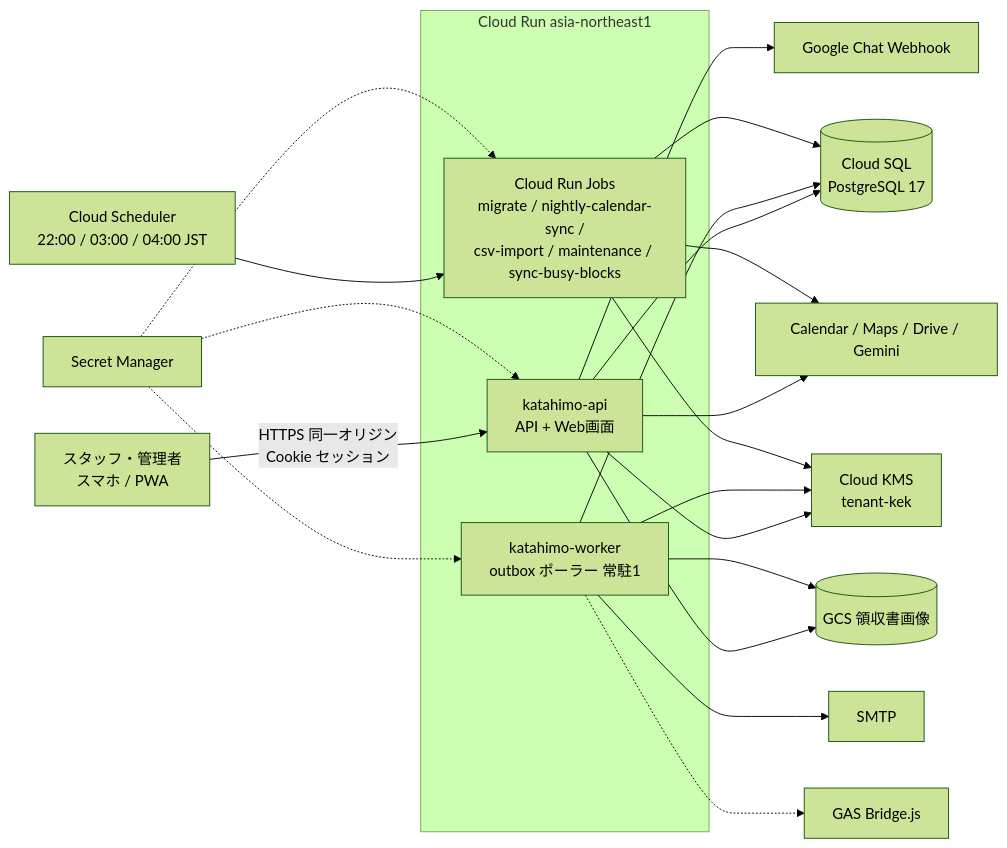
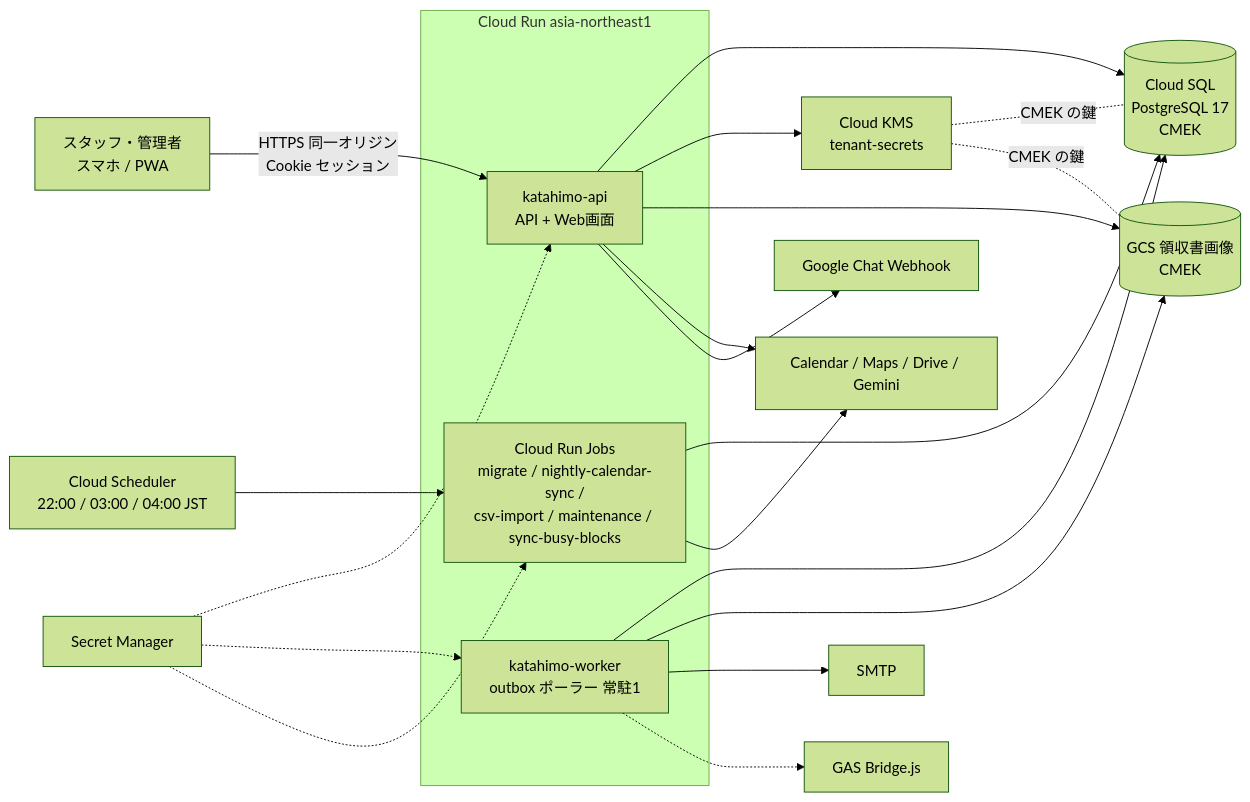
Before and after one commit to katahimo-dev/katahimo-app: the fourth of 5 diagrams in doc/01_システム概要.md, drawn with Mermaid (forest theme). The commit also changed other lines of this file and 13 other files, not shown here.

````diff
--- a/doc/01_システム概要.md
+++ b/doc/01_システム概要.md
@@ -150,19 +149,20 @@
 ```mermaid
 flowchart LR
   user[スタッフ・管理者<br/>スマホ / PWA] -->|HTTPS 同一オリジン<br/>Cookie セッション| api
   subgraph run[Cloud Run asia-northeast1]
     api[katahimo-api<br/>API + Web画面]
     worker[katahimo-worker<br/>outbox ポーラー 常駐1]
     jobs[Cloud Run Jobs<br/>migrate / nightly-calendar-sync /<br/>csv-import / maintenance / sync-busy-blocks]
   end
   sched[Cloud Scheduler<br/>22:00 / 03:00 / 04:00 JST] --> jobs
-  api & worker & jobs --> sql[(Cloud SQL<br/>PostgreSQL 17)]
-  api & worker & jobs --> kms[Cloud KMS<br/>tenant-kek]
+  api & worker & jobs --> sql[(Cloud SQL<br/>PostgreSQL 17<br/>CMEK)]
+  api --> kms[Cloud KMS<br/>tenant-secrets]
+  kms -.-|CMEK の鍵| sql & gcs
   sm[Secret Manager] -.-> api & worker & jobs
-  api --> gcs[(GCS 領収書画像)]
+  api --> gcs[(GCS 領収書画像<br/>CMEK)]
   worker --> gcs
   api & jobs --> google[Calendar / Maps / Drive / Gemini]
   api --> chat[Google Chat Webhook]
   worker --> smtp[SMTP]
   worker -.-> bridge[GAS Bridge.js]
 ```
````
